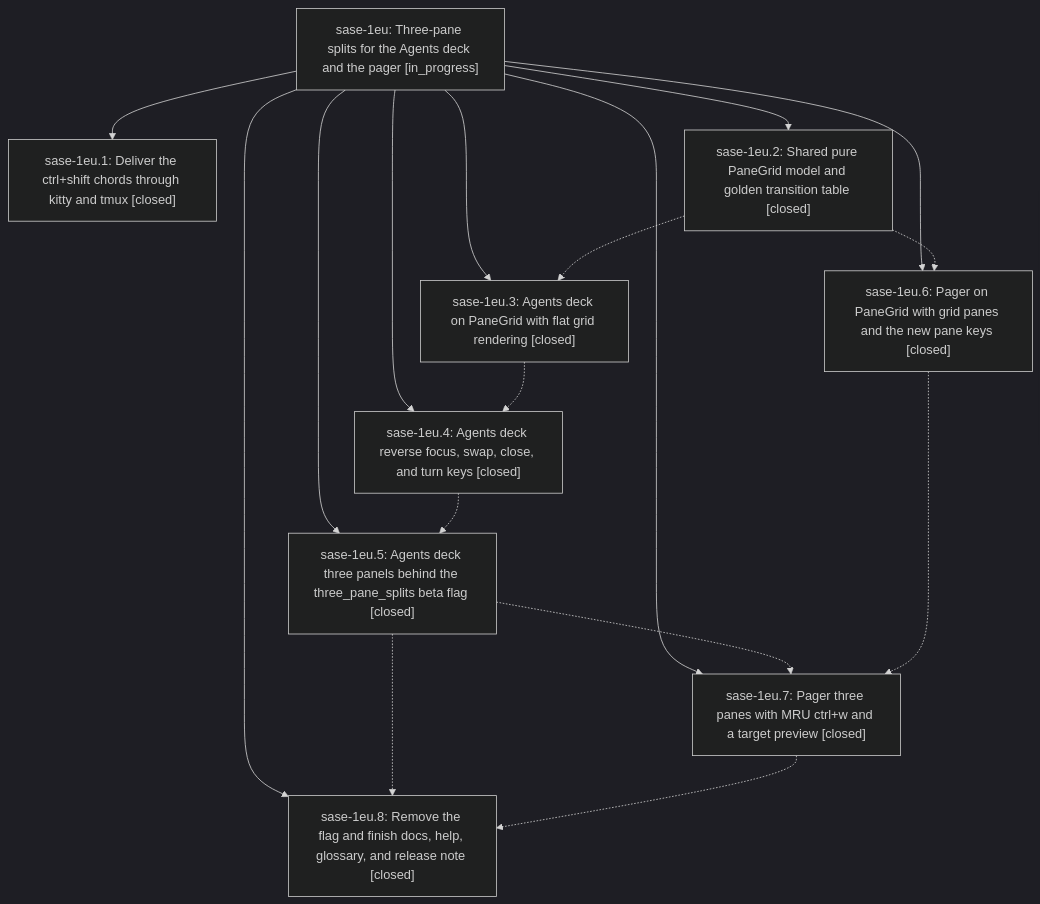
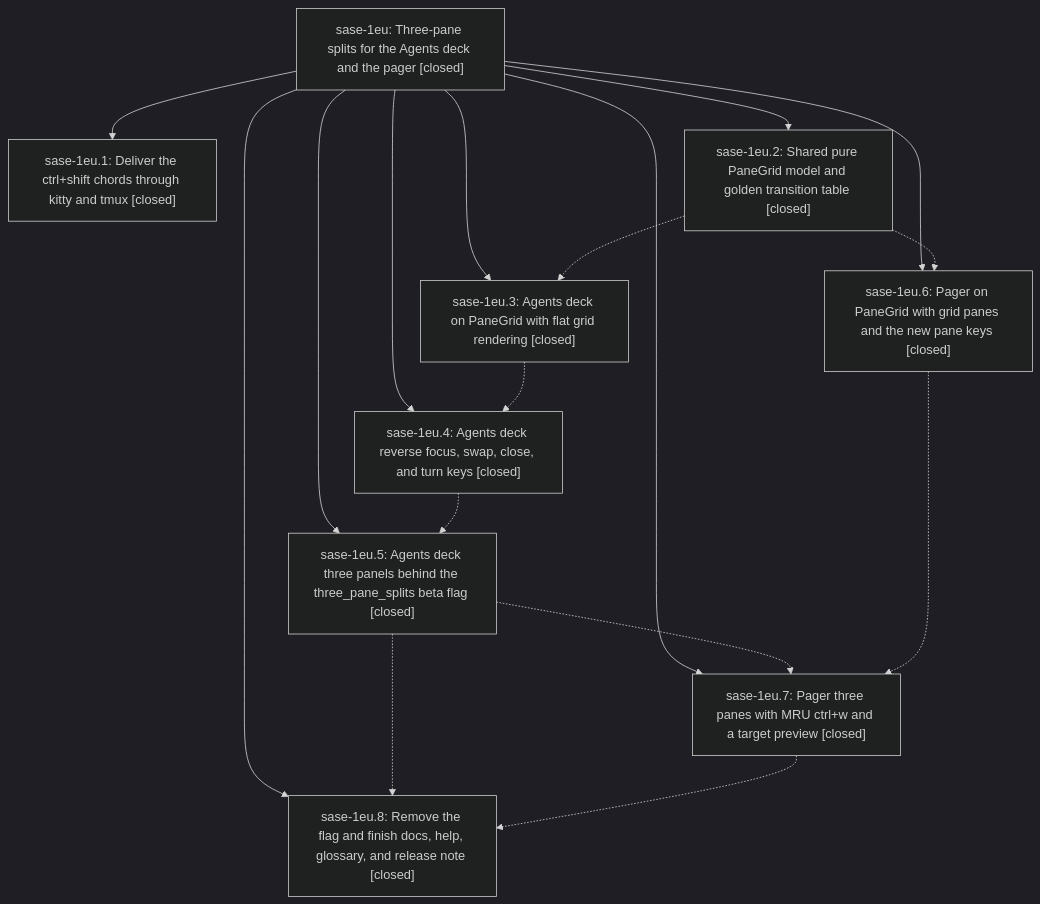
The diagram in pages/sase-1eu/README.md (sase-org/sase--beads), drawn with Mermaid (dark theme) before and after one commit. The commit also changed other lines of this file and 2 other files, not shown here.

First line of the commit message:
chore(beads): sync bead state and pages for sase-1eu

````diff
--- a/pages/sase-1eu/README.md
+++ b/pages/sase-1eu/README.md
@@ -29,28 +79,28 @@
 ```mermaid
 flowchart TD
-    n0["sase-1eu: Three-pane splits for the Agents deck and the pager [in_progress]"]
+    n0["sase-1eu: Three-pane splits for the Agents deck and the pager [closed]"]
     n1["sase-1eu.1: Deliver the ctrl+shift chords through kitty and tmux [closed]"]
     n2["sase-1eu.2: Shared pure PaneGrid model and golden transition table [closed]"]
     n3["sase-1eu.3: Agents deck on PaneGrid with flat grid rendering [closed]"]
     n4["sase-1eu.4: Agents deck reverse focus, swap, close, and turn keys [closed]"]
     n5["sase-1eu.5: Agents deck three panels behind the three_pane_splits beta flag [closed]"]
     n6["sase-1eu.6: Pager on PaneGrid with grid panes and the new pane keys [closed]"]
     n7["sase-1eu.7: Pager three panes with MRU ctrl+w and a target preview [closed]"]
     n8["sase-1eu.8: Remove the flag and finish docs, help, glossary, and release note [closed]"]
     n0 --> n1
     n0 --> n2
     n0 --> n3
     n0 --> n4
     n0 --> n5
     n0 --> n6
     n0 --> n7
     n0 --> n8
     n2 -.-> n3
     n2 -.-> n6
     n3 -.-> n4
     n4 -.-> n5
     n5 -.-> n7
     n5 -.-> n8
     n6 -.-> n7
     n7 -.-> n8
 ```
````
